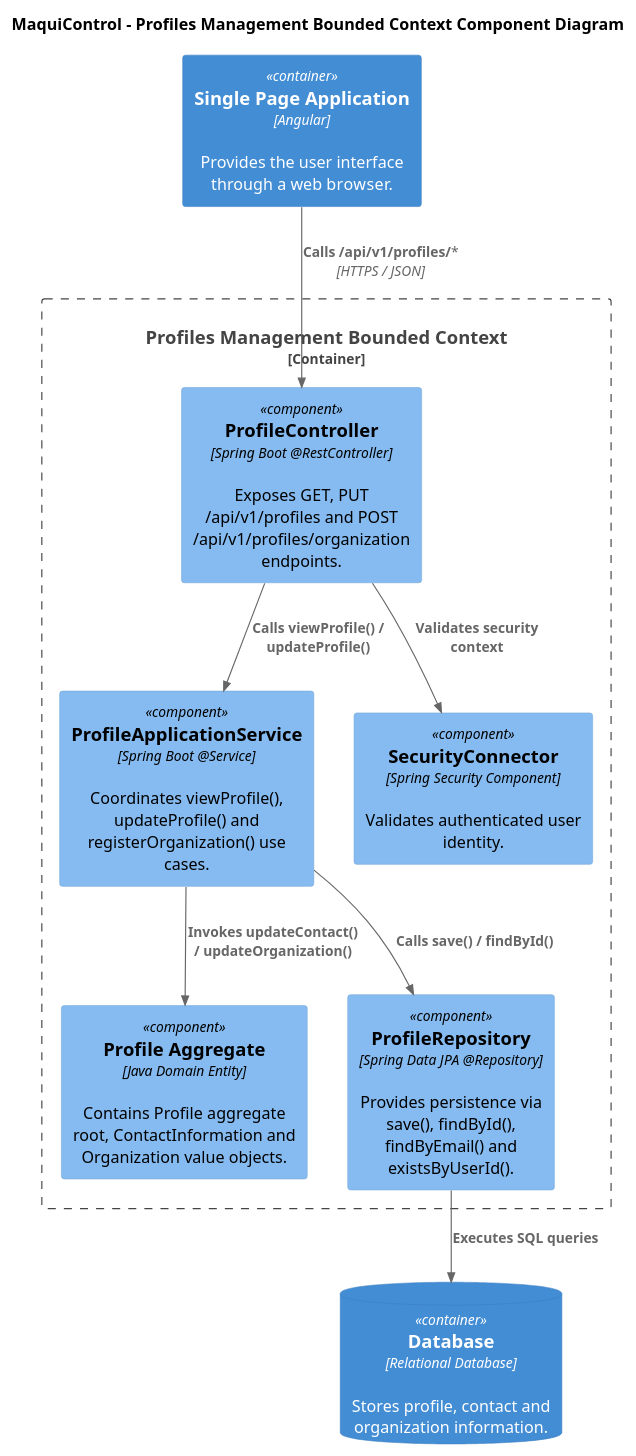
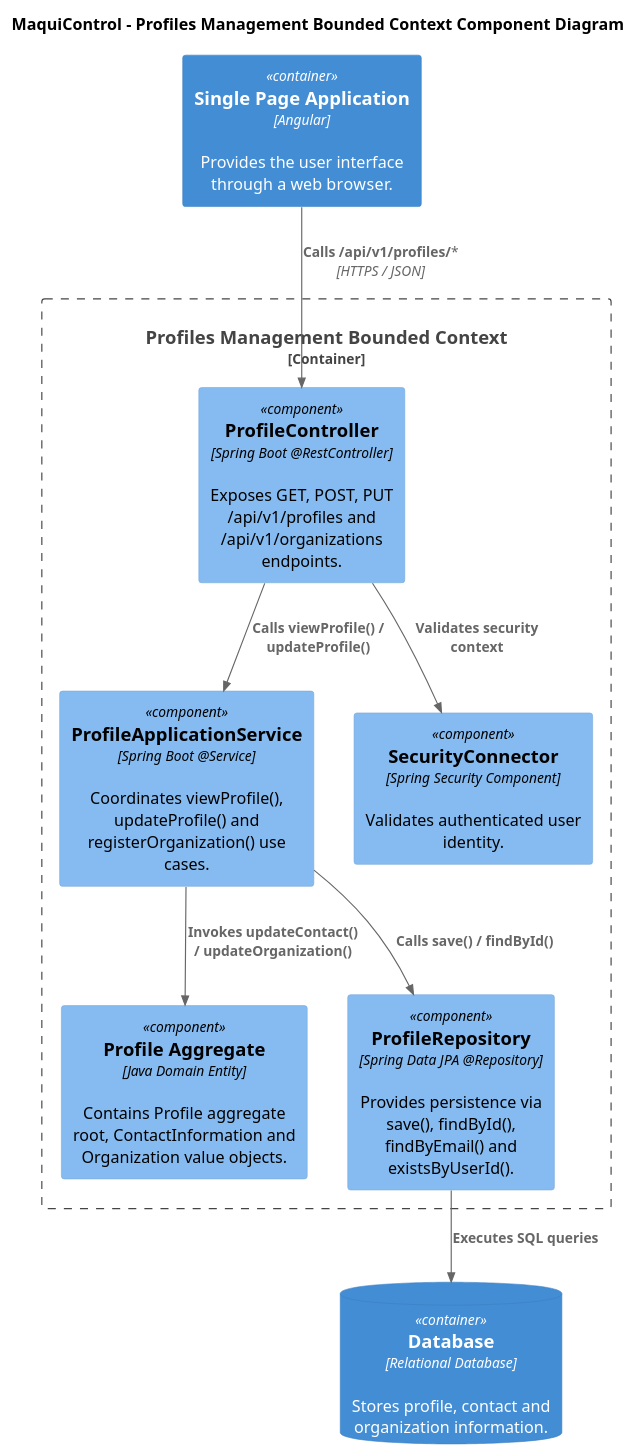
The diagram in docs/architecture/components/profiles-management-components.puml (AndesHeavyTech/MaquiControl), drawn with PlantUML before and after one commit. The commit also changed 36 other files, not shown here.

Commit message:
docs(report): add sprint 2, update deployment configuration and align diagrams with code

```diff
--- a/docs/architecture/components/profiles-management-components.puml
+++ b/docs/architecture/components/profiles-management-components.puml
@@ -1,30 +1,30 @@
 @startuml
 !include <C4/C4_Component>
 
 title MaquiControl - Profiles Management Bounded Context Component Diagram
 
 Container(webapp, "Single Page Application", "Angular", "Provides the user interface through a web browser.")
 
 Container_Boundary(profiles, "Profiles Management Bounded Context") {
 
-    Component(interfaces, "ProfileController", "Spring Boot @RestController", "Exposes GET, PUT /api/v1/profiles and POST /api/v1/profiles/organization endpoints.")
+    Component(interfaces, "ProfileController", "Spring Boot @RestController", "Exposes GET, POST, PUT /api/v1/profiles and /api/v1/organizations endpoints.")
 
     Component(application, "ProfileApplicationService", "Spring Boot @Service", "Coordinates viewProfile(), updateProfile() and registerOrganization() use cases.")
 
     Component(domain, "Profile Aggregate", "Java Domain Entity", "Contains Profile aggregate root, ContactInformation and Organization value objects.")
 
     Component(infrastructure, "ProfileRepository", "Spring Data JPA @Repository", "Provides persistence via save(), findById(), findByEmail() and existsByUserId().")
 
     Component(security, "SecurityConnector", "Spring Security Component", "Validates authenticated user identity.")
 }
 
 ContainerDb(database, "Database", "Relational Database", "Stores profile, contact and organization information.")
 
 Rel(webapp, interfaces, "Calls /api/v1/profiles/*", "HTTPS / JSON")
 Rel(interfaces, application, "Calls viewProfile() / updateProfile()")
 Rel(application, domain, "Invokes updateContact() / updateOrganization()")
 Rel(application, infrastructure, "Calls save() / findById()")
 Rel(infrastructure, database, "Executes SQL queries")
 Rel(interfaces, security, "Validates security context")
 
 @enduml
```
